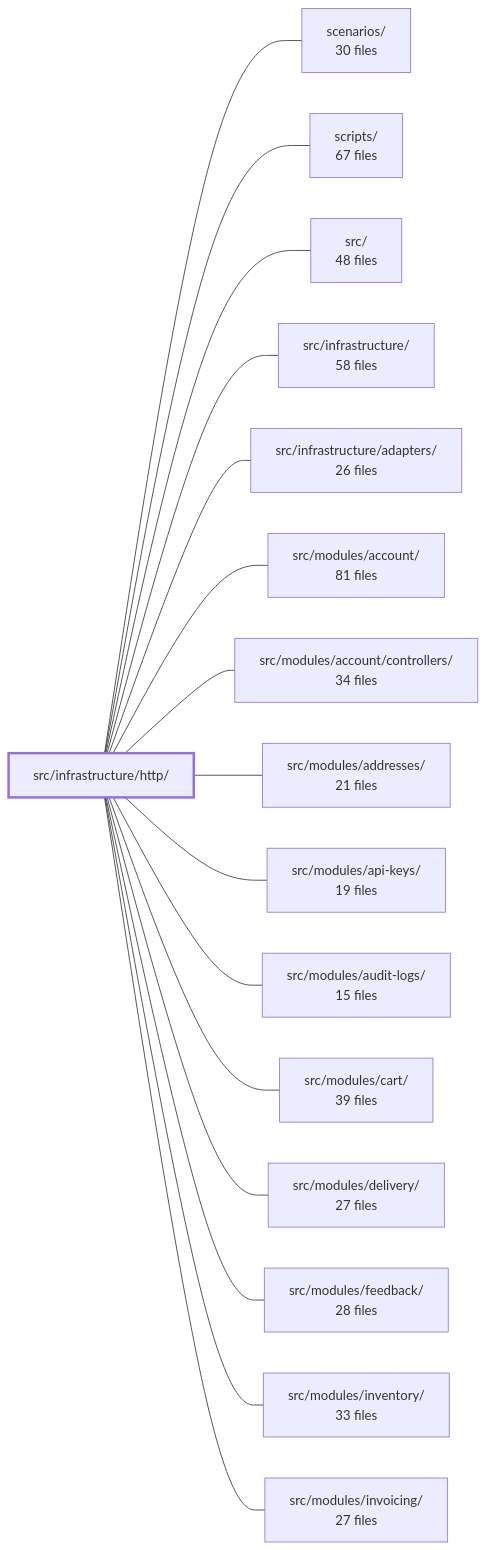
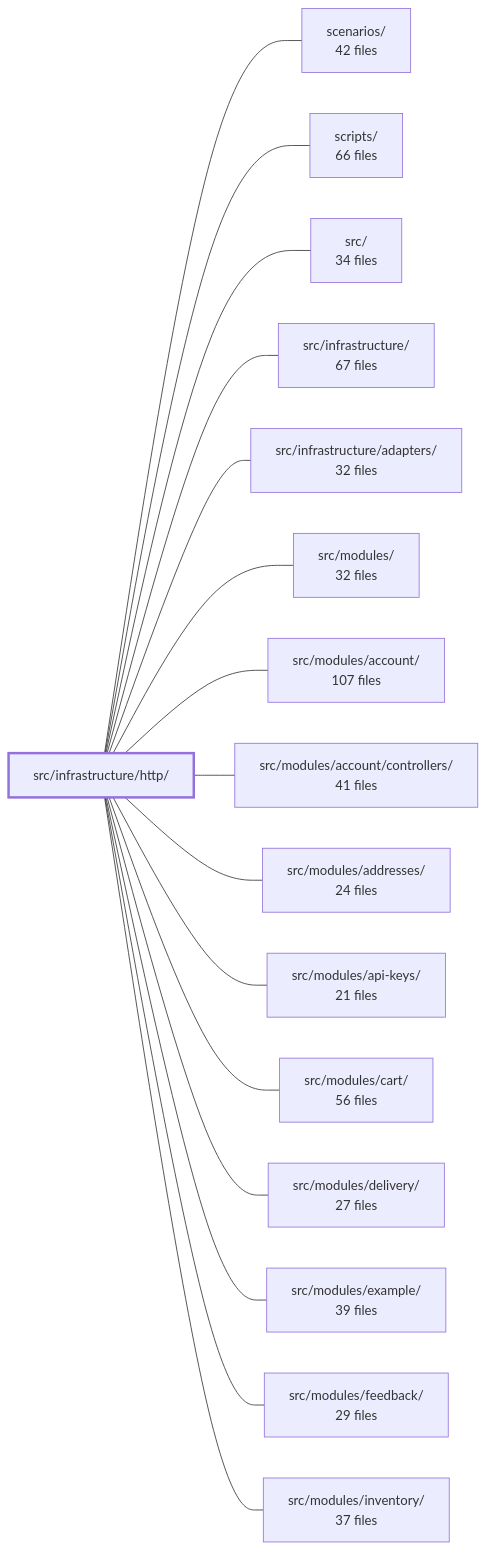
Before and after one commit to Guebbit/boilerplate-node-backend: the diagram in .2brain/modules/boilerplate-node-backend_src_infrastructure_http.md, drawn with Mermaid. The commit also changed other lines of this file and 106 other files, not shown here.

````diff
--- a/.2brain/modules/boilerplate-node-backend_src_infrastructure_http.md
+++ b/.2brain/modules/boilerplate-node-backend_src_infrastructure_http.md
@@ -37,35 +44,35 @@
 ```mermaid
 flowchart LR
     m_src_infrastructure_http["src/infrastructure/http/"]
-    m_scenarios["scenarios/<br/>30 files"]
-    m_scripts["scripts/<br/>67 files"]
-    m_src["src/<br/>48 files"]
-    m_src_infrastructure["src/infrastructure/<br/>58 files"]
-    m_src_infrastructure_adapters["src/infrastructure/adapters/<br/>26 files"]
-    m_src_modules_account["src/modules/account/<br/>81 files"]
-    m_src_modules_account_controllers["src/modules/account/controllers/<br/>34 files"]
-    m_src_modules_addresses["src/modules/addresses/<br/>21 files"]
-    m_src_modules_api_keys["src/modules/api-keys/<br/>19 files"]
-    m_src_modules_audit_logs["src/modules/audit-logs/<br/>15 files"]
-    m_src_modules_cart["src/modules/cart/<br/>39 files"]
+    m_scenarios["scenarios/<br/>42 files"]
+    m_scripts["scripts/<br/>66 files"]
+    m_src["src/<br/>34 files"]
+    m_src_infrastructure["src/infrastructure/<br/>67 files"]
+    m_src_infrastructure_adapters["src/infrastructure/adapters/<br/>32 files"]
+    m_src_modules["src/modules/<br/>32 files"]
+    m_src_modules_account["src/modules/account/<br/>107 files"]
+    m_src_modules_account_controllers["src/modules/account/controllers/<br/>41 files"]
+    m_src_modules_addresses["src/modules/addresses/<br/>24 files"]
+    m_src_modules_api_keys["src/modules/api-keys/<br/>21 files"]
+    m_src_modules_cart["src/modules/cart/<br/>56 files"]
     m_src_modules_delivery["src/modules/delivery/<br/>27 files"]
-    m_src_modules_feedback["src/modules/feedback/<br/>28 files"]
-    m_src_modules_inventory["src/modules/inventory/<br/>33 files"]
-    m_src_modules_invoicing["src/modules/invoicing/<br/>27 files"]
+    m_src_modules_example["src/modules/example/<br/>39 files"]
+    m_src_modules_feedback["src/modules/feedback/<br/>29 files"]
+    m_src_modules_inventory["src/modules/inventory/<br/>37 files"]
     m_src_infrastructure_http --- m_scenarios
     m_src_infrastructure_http --- m_scripts
     m_src_infrastructure_http --- m_src
     m_src_infrastructure_http --- m_src_infrastructure
     m_src_infrastructure_http --- m_src_infrastructure_adapters
+    m_src_infrastructure_http --- m_src_modules
     m_src_infrastructure_http --- m_src_modules_account
     m_src_infrastructure_http --- m_src_modules_account_controllers
     m_src_infrastructure_http --- m_src_modules_addresses
     m_src_infrastructure_http --- m_src_modules_api_keys
-    m_src_infrastructure_http --- m_src_modules_audit_logs
     m_src_infrastructure_http --- m_src_modules_cart
     m_src_infrastructure_http --- m_src_modules_delivery
+    m_src_infrastructure_http --- m_src_modules_example
     m_src_infrastructure_http --- m_src_modules_feedback
     m_src_infrastructure_http --- m_src_modules_inventory
-    m_src_infrastructure_http --- m_src_modules_invoicing
     style m_src_infrastructure_http stroke-width:3px
 ```
````
